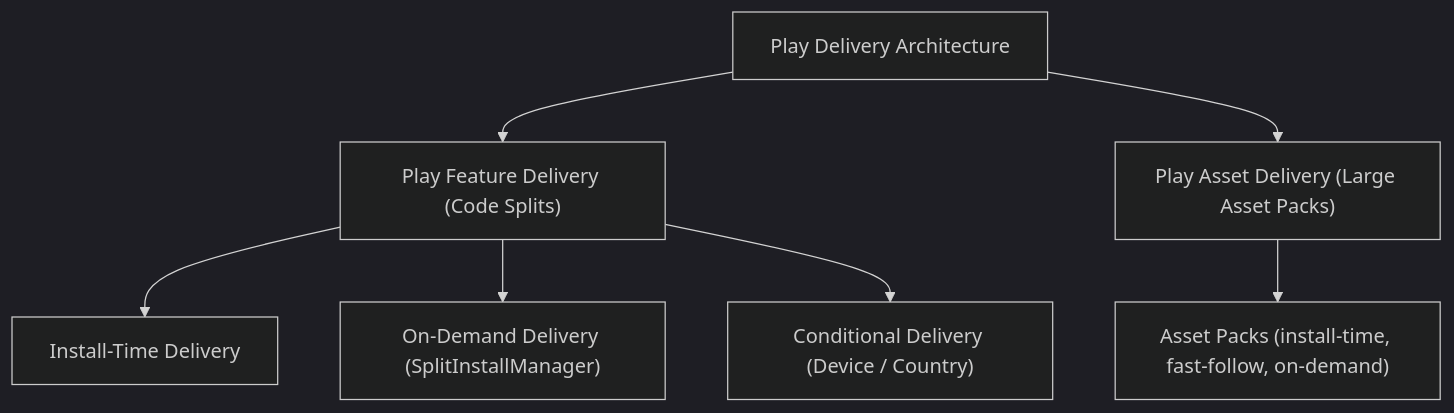
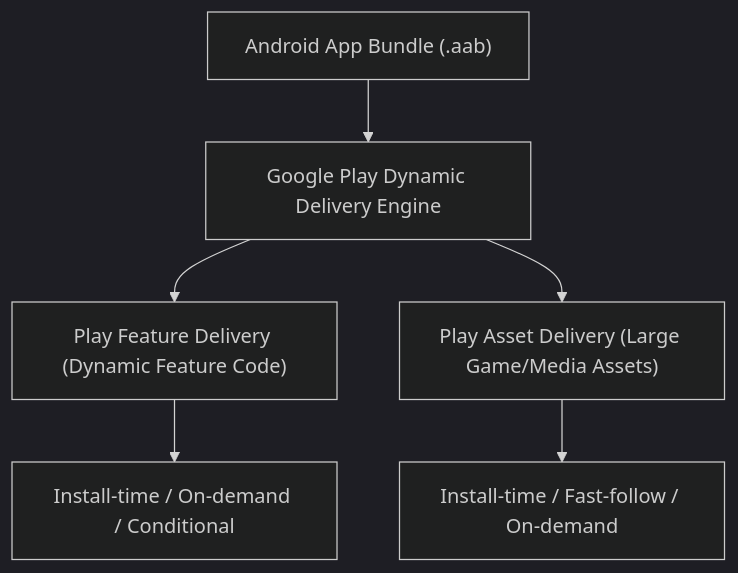
One commit to youngmin-gwon/what-i-studied changed the diagram in 01_inbox/mobile/android/03_packaging_deployment/distribution/play-delivery-contracts/play-delivery-contracts.md. Above: the diagram before and after it, drawn with Mermaid (dark theme). The commit also changed other lines of this file and 134 other files, not shown here.

````diff
--- a/01_inbox/mobile/android/03_packaging_deployment/distribution/play-delivery-contracts/play-delivery-contracts.md
+++ b/01_inbox/mobile/android/03_packaging_deployment/distribution/play-delivery-contracts/play-delivery-contracts.md
@@ -15,11 +26,9 @@
 ```mermaid
 flowchart TD
-    PlayDelivery["Play Delivery Architecture"] --> FeatureDelivery["Play Feature Delivery (Code Splits)"]
-    PlayDelivery --> AssetDelivery["Play Asset Delivery (Large Asset Packs)"]
+    AppBundle["Android App Bundle (.aab)"] --> DynamicEngine["Google Play Dynamic Delivery Engine"]
+    DynamicEngine --> PFD["Play Feature Delivery (Dynamic Feature Code)"]
+    DynamicEngine --> PAD["Play Asset Delivery (Large Game/Media Assets)"]
     
-    FeatureDelivery --> InstallTime["Install-Time Delivery"]
-    FeatureDelivery --> OnDemand["On-Demand Delivery (SplitInstallManager)"]
-    FeatureDelivery --> Conditional["Conditional Delivery (Device / Country)"]
-
-    AssetDelivery --> AssetPacks["Asset Packs (install-time, fast-follow, on-demand)"]
+    PFD --> PFD_Modes["Install-time / On-demand / Conditional"]
+    PAD --> PAD_Modes["Install-time / Fast-follow / On-demand"]
 ```
````
